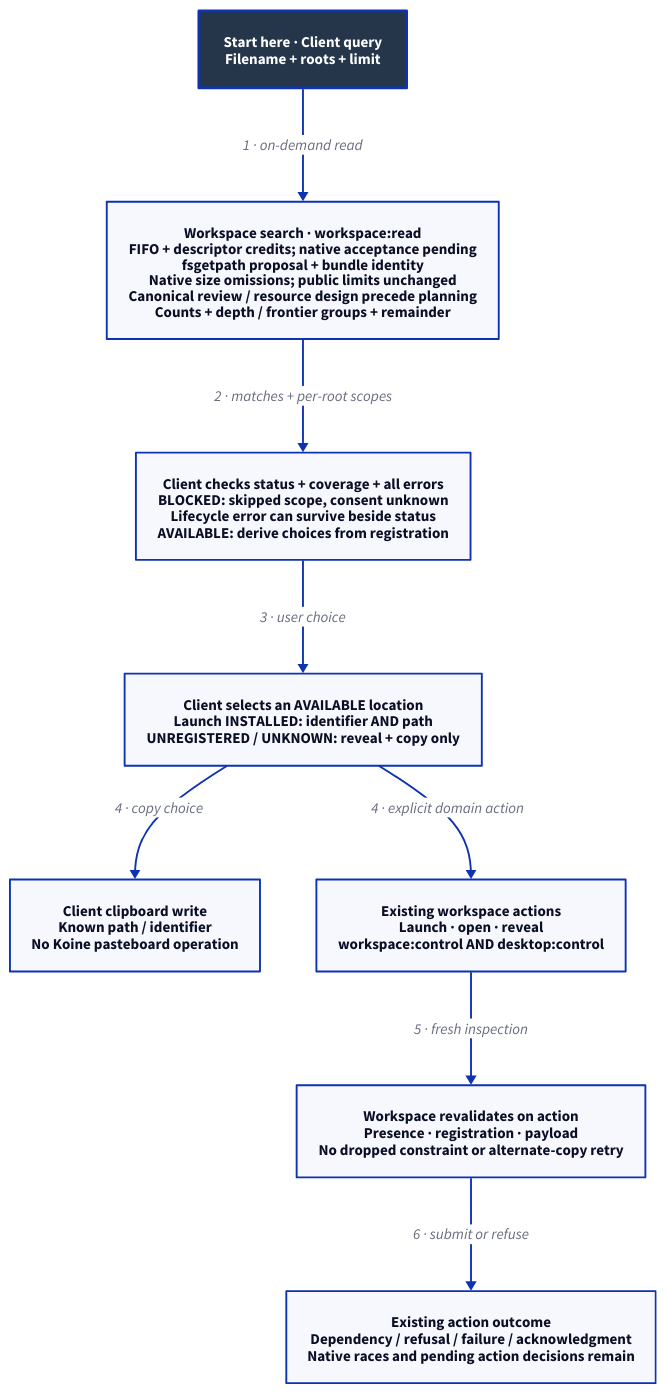
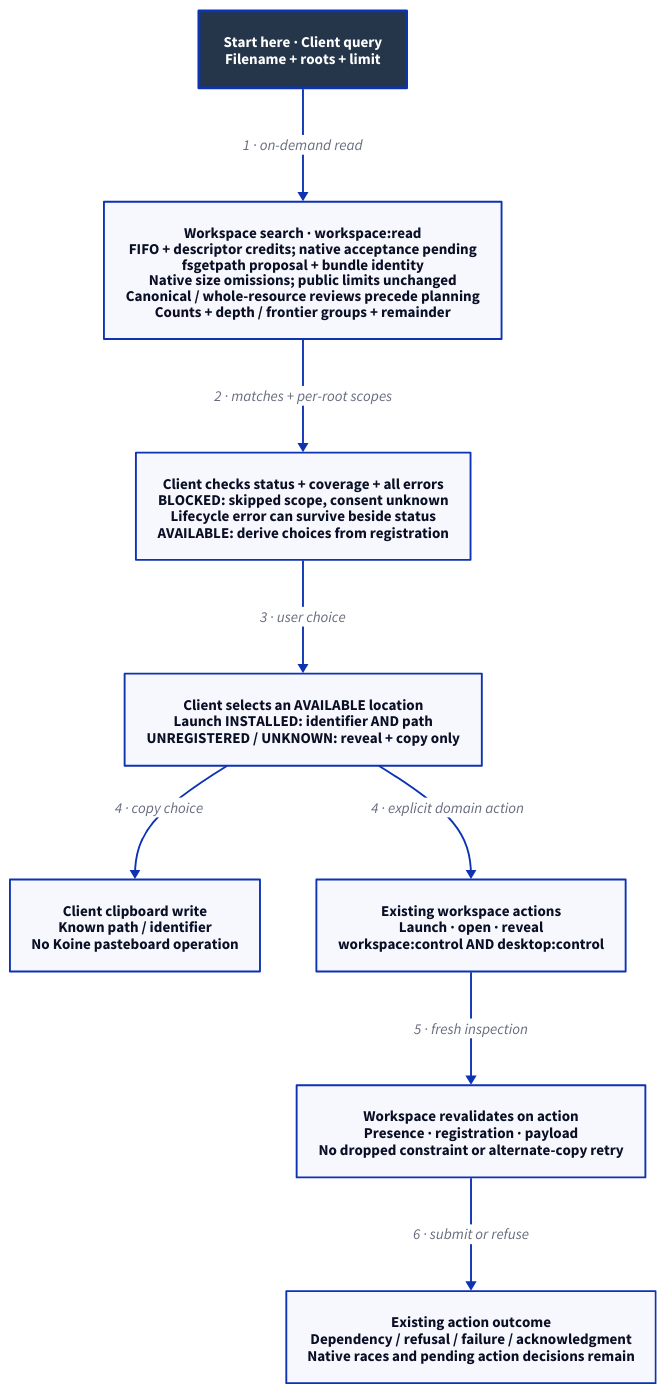
The diagram in docs/design/architecture/search-handoff.d2 (Linkuistics/Koine), drawn with D2 before and after one commit. The commit also changed 26 other files, not shown here.

Commit message:
search-serviceability-subjects-k113; search-native-resources-k109: specify serviceability subjects

```diff
--- a/docs/design/architecture/search-handoff.d2
+++ b/docs/design/architecture/search-handoff.d2
@@ -1,20 +1,20 @@
 # Designed component/data handoff. Source roles, not deployment containers.
 direction: down
 classes: {
   start: {style: {fill: "#25364B"; font-color: "#FFFFFF"; bold: true; stroke-width: 3}}
 }
 Start: "Start here · Client query\nFilename + roots + limit" {class: start}
-Search: "Workspace search · workspace:read\nFIFO + descriptor credits; native acceptance pending\nfsgetpath proposal + bundle identity\nNative size omissions; public limits unchanged\nCanonical review / resource design precede planning\nCounts + depth / frontier groups + remainder"
+Search: "Workspace search · workspace:read\nFIFO + descriptor credits; native acceptance pending\nfsgetpath proposal + bundle identity\nNative size omissions; public limits unchanged\nCanonical / whole-resource reviews precede planning\nCounts + depth / frontier groups + remainder"
 Choices: "Client checks status + coverage + all errors\nBLOCKED: skipped scope, consent unknown\nLifecycle error can survive beside status\nAVAILABLE: derive choices from registration"
 Selected: "Client selects an AVAILABLE location\nLaunch INSTALLED: identifier AND path\nUNREGISTERED / UNKNOWN: reveal + copy only"
 Clipboard: "Client clipboard write\nKnown path / identifier\nNo Koine pasteboard operation"
 Action: "Existing workspace actions\nLaunch · open · reveal\nworkspace:control AND desktop:control"
 Revalidate: "Workspace revalidates on action\nPresence · registration · payload\nNo dropped constraint or alternate-copy retry"
 Outcome: "Existing action outcome\nDependency / refusal / failure / acknowledgment\nNative races and pending action decisions remain"
 Start -> Search: "1 · on-demand read"
 Search -> Choices: "2 · matches + per-root scopes"
 Choices -> Selected: "3 · user choice"
 Selected -> Clipboard: "4 · copy choice"
 Selected -> Action: "4 · explicit domain action"
 Action -> Revalidate: "5 · fresh inspection"
 Revalidate -> Outcome: "6 · submit or refuse"
```
